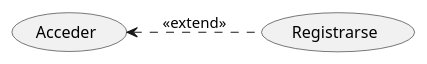
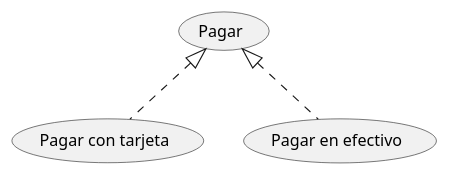
Before and after one commit to NuriaSan/Practica_Clases_PlantUml: the diagram in src/Proyecto.puml, drawn with PlantUML.

Commit message:
Elementos del diagrama. Generalización

```diff
--- a/src/Proyecto.puml
+++ b/src/Proyecto.puml
@@ -1,7 +1,8 @@
 @startuml
-left to right direction
-usecase "Acceder" as acc
-usecase "Registrarse" as reg
-    acc <.. reg : <<extend>>
+usecase "Pagar" as p
+usecase "Pagar con tarjeta" as pt
+usecase "Pagar en efectivo" as pe
+    p <|.. pt
+    p <|.. pe
 
 @enduml
```
